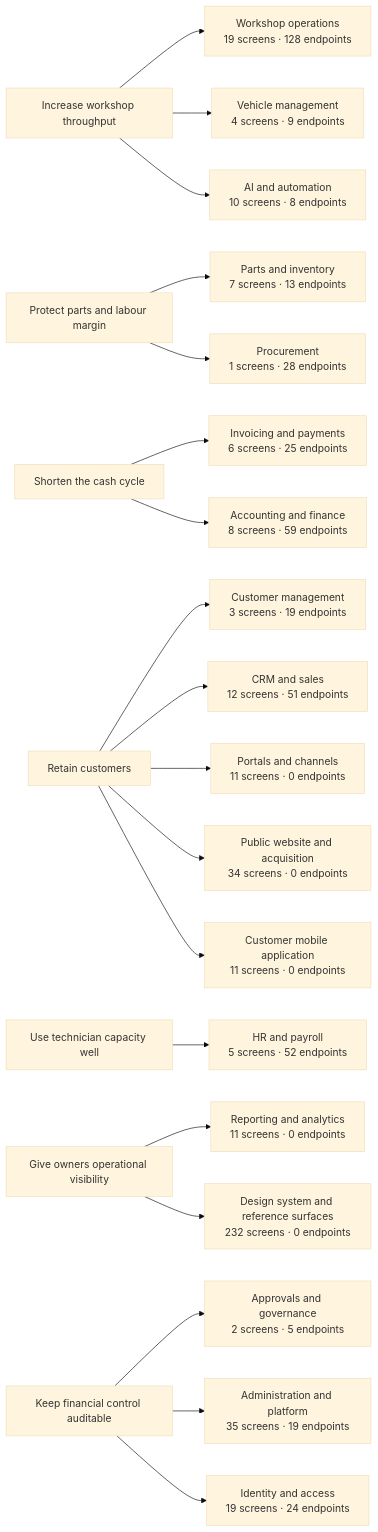
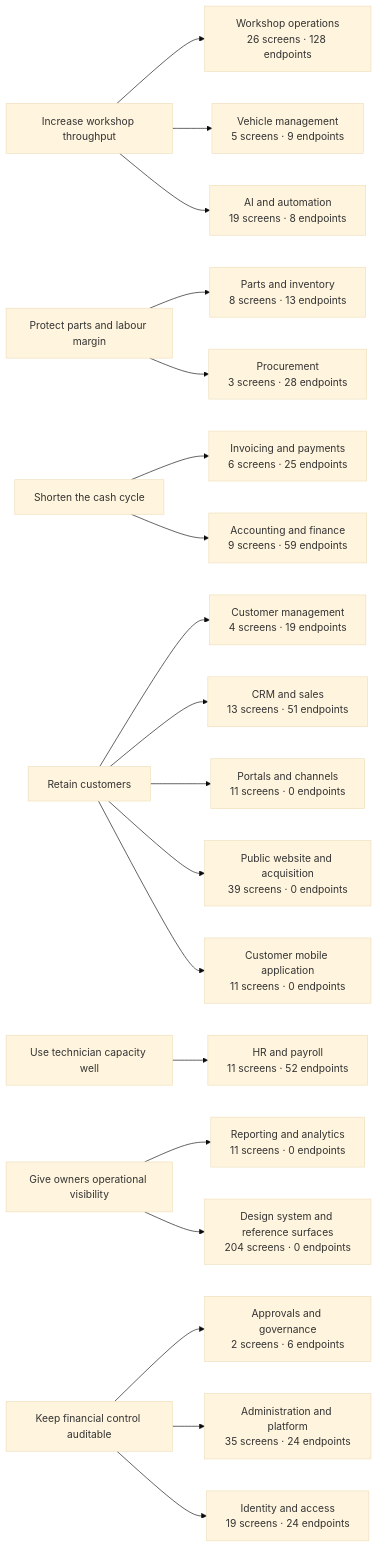
The diagram in docs/07_BUSINESS_ANALYSIS/BUSINESS_CAPABILITY_MAP.md (tazamohd/SlClNe), drawn with Mermaid (base theme) before and after one commit. The commit also changed other lines of this file and 48 other files, not shown here.

````diff
--- a/docs/07_BUSINESS_ANALYSIS/BUSINESS_CAPABILITY_MAP.md
+++ b/docs/07_BUSINESS_ANALYSIS/BUSINESS_CAPABILITY_MAP.md
@@ -22,46 +22,46 @@
 ```mermaid
 flowchart LR
   OBJ_THROUGHPUT["Increase workshop throughput"]
   OBJ_MARGIN["Protect parts and labour margin"]
   OBJ_CASH["Shorten the cash cycle"]
   OBJ_RETENTION["Retain customers"]
   OBJ_CAPACITY["Use technician capacity well"]
   OBJ_VISIBILITY["Give owners operational visibility"]
   OBJ_CONTROL["Keep financial control auditable"]
-  CAP_WORKSHOP["Workshop operations<br/>19 screens · 128 endpoints"]
+  CAP_WORKSHOP["Workshop operations<br/>26 screens · 128 endpoints"]
   OBJ_THROUGHPUT --> CAP_WORKSHOP
-  CAP_CUSTOMERS["Customer management<br/>3 screens · 19 endpoints"]
+  CAP_CUSTOMERS["Customer management<br/>4 screens · 19 endpoints"]
   OBJ_RETENTION --> CAP_CUSTOMERS
-  CAP_VEHICLES["Vehicle management<br/>4 screens · 9 endpoints"]
+  CAP_VEHICLES["Vehicle management<br/>5 screens · 9 endpoints"]
   OBJ_THROUGHPUT --> CAP_VEHICLES
-  CAP_INVENTORY["Parts and inventory<br/>7 screens · 13 endpoints"]
+  CAP_INVENTORY["Parts and inventory<br/>8 screens · 13 endpoints"]
   OBJ_MARGIN --> CAP_INVENTORY
-  CAP_PROCUREMENT["Procurement<br/>1 screens · 28 endpoints"]
+  CAP_PROCUREMENT["Procurement<br/>3 screens · 28 endpoints"]
   OBJ_MARGIN --> CAP_PROCUREMENT
   CAP_BILLING["Invoicing and payments<br/>6 screens · 25 endpoints"]
   OBJ_CASH --> CAP_BILLING
-  CAP_ACCOUNTING["Accounting and finance<br/>8 screens · 59 endpoints"]
+  CAP_ACCOUNTING["Accounting and finance<br/>9 screens · 59 endpoints"]
   OBJ_CASH --> CAP_ACCOUNTING
-  CAP_HR["HR and payroll<br/>5 screens · 52 endpoints"]
+  CAP_HR["HR and payroll<br/>11 screens · 52 endpoints"]
   OBJ_CAPACITY --> CAP_HR
-  CAP_CRM["CRM and sales<br/>12 screens · 51 endpoints"]
+  CAP_CRM["CRM and sales<br/>13 screens · 51 endpoints"]
   OBJ_RETENTION --> CAP_CRM
   CAP_REPORTING["Reporting and analytics<br/>11 screens · 0 endpoints"]
   OBJ_VISIBILITY --> CAP_REPORTING
-  CAP_GOVERNANCE["Approvals and governance<br/>2 screens · 5 endpoints"]
+  CAP_GOVERNANCE["Approvals and governance<br/>2 screens · 6 endpoints"]
   OBJ_CONTROL --> CAP_GOVERNANCE
   CAP_PORTALS["Portals and channels<br/>11 screens · 0 endpoints"]
   OBJ_RETENTION --> CAP_PORTALS
-  CAP_AI["AI and automation<br/>10 screens · 8 endpoints"]
+  CAP_AI["AI and automation<br/>19 screens · 8 endpoints"]
   OBJ_THROUGHPUT --> CAP_AI
-  CAP_PLATFORM["Administration and platform<br/>35 screens · 19 endpoints"]
+  CAP_PLATFORM["Administration and platform<br/>35 screens · 24 endpoints"]
   OBJ_CONTROL --> CAP_PLATFORM
   CAP_IDENTITY["Identity and access<br/>19 screens · 24 endpoints"]
   OBJ_CONTROL --> CAP_IDENTITY
-  CAP_WEBSITE["Public website and acquisition<br/>34 screens · 0 endpoints"]
+  CAP_WEBSITE["Public website and acquisition<br/>39 screens · 0 endpoints"]
   OBJ_RETENTION --> CAP_WEBSITE
   CAP_CUSTOMERAPP["Customer mobile application<br/>11 screens · 0 endpoints"]
   OBJ_RETENTION --> CAP_CUSTOMERAPP
-  CAP_DESIGNSYSTEM["Design system and reference surfaces<br/>232 screens · 0 endpoints"]
+  CAP_DESIGNSYSTEM["Design system and reference surfaces<br/>204 screens · 0 endpoints"]
   OBJ_VISIBILITY --> CAP_DESIGNSYSTEM
 ```
````
